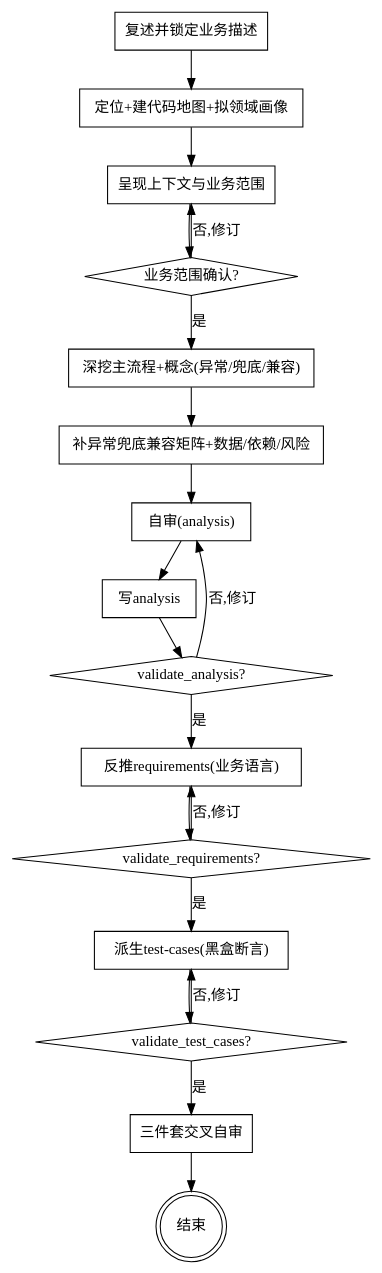
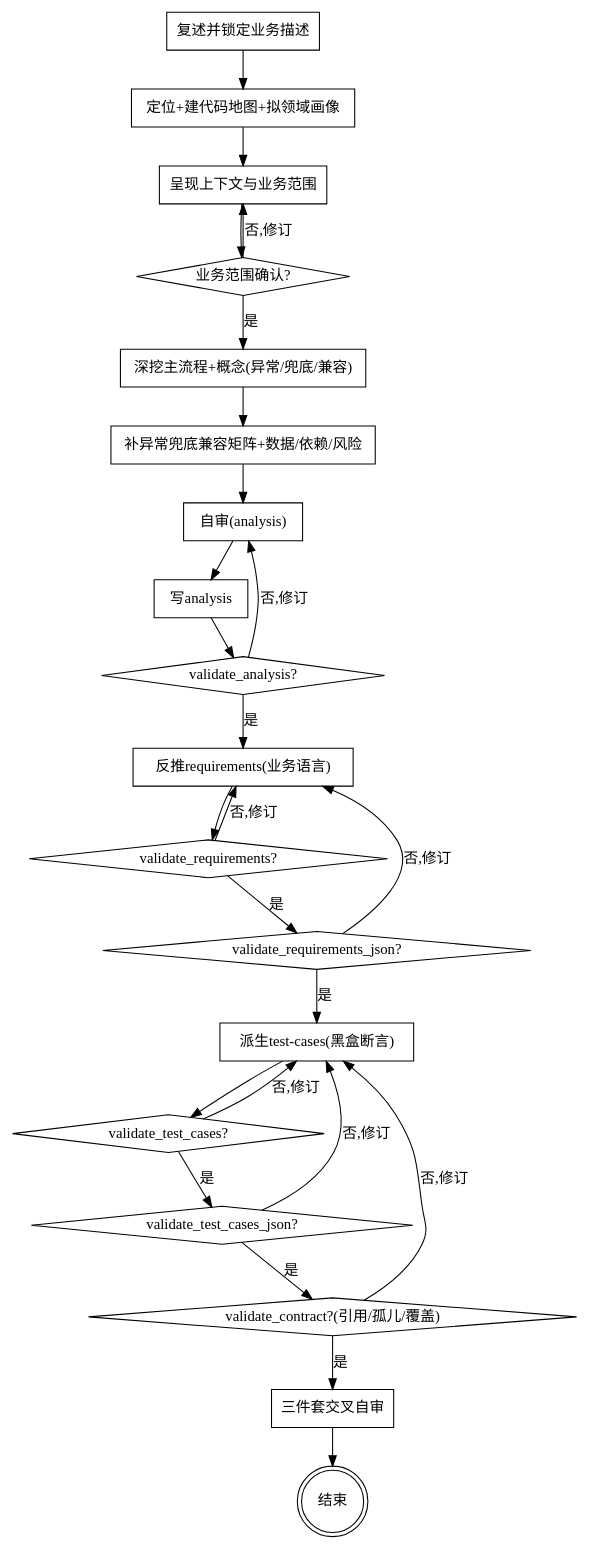
One commit to ironbob/DesignSKills changed the diagram in skills/code-analyze-business/SKILL.md. Above: the diagram before and after it, drawn with Graphviz. The commit also changed other lines of this file and 16 other files, not shown here.

````diff
--- a/skills/code-analyze-business/SKILL.md
+++ b/skills/code-analyze-business/SKILL.md
@@ -80,38 +82,47 @@
 ```dot
 digraph analyze {
   "复述并锁定业务描述" [shape=box];
   "定位+建代码地图+拟领域画像" [shape=box];
   "呈现上下文与业务范围" [shape=box];
   "业务范围确认?" [shape=diamond];
   "深挖主流程+概念(异常/兜底/兼容)" [shape=box];
   "补异常兜底兼容矩阵+数据/依赖/风险" [shape=box];
   "自审(analysis)" [shape=box];
   "写analysis" [shape=box];
   "validate_analysis?" [shape=diamond];
   "反推requirements(业务语言)" [shape=box];
   "validate_requirements?" [shape=diamond];
+  "validate_requirements_json?" [shape=diamond];
   "派生test-cases(黑盒断言)" [shape=box];
   "validate_test_cases?" [shape=diamond];
+  "validate_test_cases_json?" [shape=diamond];
+  "validate_contract?(引用/孤儿/覆盖)" [shape=diamond];
   "三件套交叉自审" [shape=box];
   "结束" [shape=doublecircle];
 
   "复述并锁定业务描述" -> "定位+建代码地图+拟领域画像";
   "定位+建代码地图+拟领域画像" -> "呈现上下文与业务范围";
   "呈现上下文与业务范围" -> "业务范围确认?";
   "业务范围确认?" -> "呈现上下文与业务范围" [label="否,修订"];
   "业务范围确认?" -> "深挖主流程+概念(异常/兜底/兼容)" [label="是"];
   "深挖主流程+概念(异常/兜底/兼容)" -> "补异常兜底兼容矩阵+数据/依赖/风险";
   "补异常兜底兼容矩阵+数据/依赖/风险" -> "自审(analysis)";
   "自审(analysis)" -> "写analysis";
   "写analysis" -> "validate_analysis?";
   "validate_analysis?" -> "自审(analysis)" [label="否,修订"];
   "validate_analysis?" -> "反推requirements(业务语言)" [label="是"];
   "反推requirements(业务语言)" -> "validate_requirements?";
   "validate_requirements?" -> "反推requirements(业务语言)" [label="否,修订"];
-  "validate_requirements?" -> "派生test-cases(黑盒断言)" [label="是"];
+  "validate_requirements?" -> "validate_requirements_json?" [label="是"];
+  "validate_requirements_json?" -> "反推requirements(业务语言)" [label="否,修订"];
+  "validate_requirements_json?" -> "派生test-cases(黑盒断言)" [label="是"];
   "派生test-cases(黑盒断言)" -> "validate_test_cases?";
   "validate_test_cases?" -> "派生test-cases(黑盒断言)" [label="否,修订"];
-  "validate_test_cases?" -> "三件套交叉自审" [label="是"];
+  "validate_test_cases?" -> "validate_test_cases_json?" [label="是"];
+  "validate_test_cases_json?" -> "派生test-cases(黑盒断言)" [label="否,修订"];
+  "validate_test_cases_json?" -> "validate_contract?(引用/孤儿/覆盖)" [label="是"];
+  "validate_contract?(引用/孤儿/覆盖)" -> "派生test-cases(黑盒断言)" [label="否,修订"];
+  "validate_contract?(引用/孤儿/覆盖)" -> "三件套交叉自审" [label="是"];
   "三件套交叉自审" -> "结束";
 }
 ```
````
